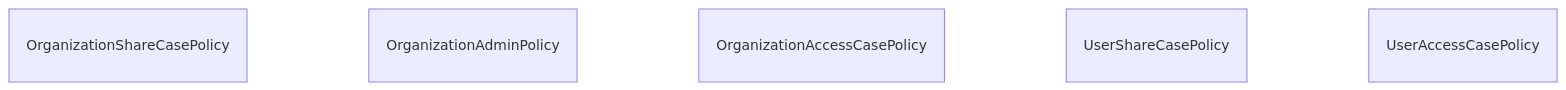
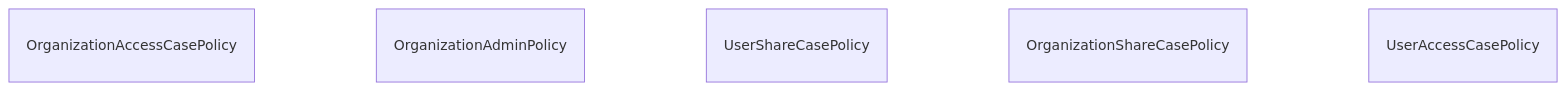
Before and after one commit to RIVM-bioinformatics/gen-epix-api: the diagram in docs/erm/casedb.abac.md, drawn with Mermaid. The commit also changed other lines of this file and 142 other files, not shown here.

````diff
--- a/docs/erm/casedb.abac.md
+++ b/docs/erm/casedb.abac.md
@@ -5,20 +5,20 @@
 ```mermaid
 erDiagram
     %% casedb / ABAC (simplified)
 
-    OrganizationShareCasePolicy {
+    OrganizationAccessCasePolicy {
     }
 
     OrganizationAdminPolicy {
     }
 
-    OrganizationAccessCasePolicy {
+    UserShareCasePolicy {
     }
 
-    UserShareCasePolicy {
+    OrganizationShareCasePolicy {
     }
 
     UserAccessCasePolicy {
     }
 
 ```
````
